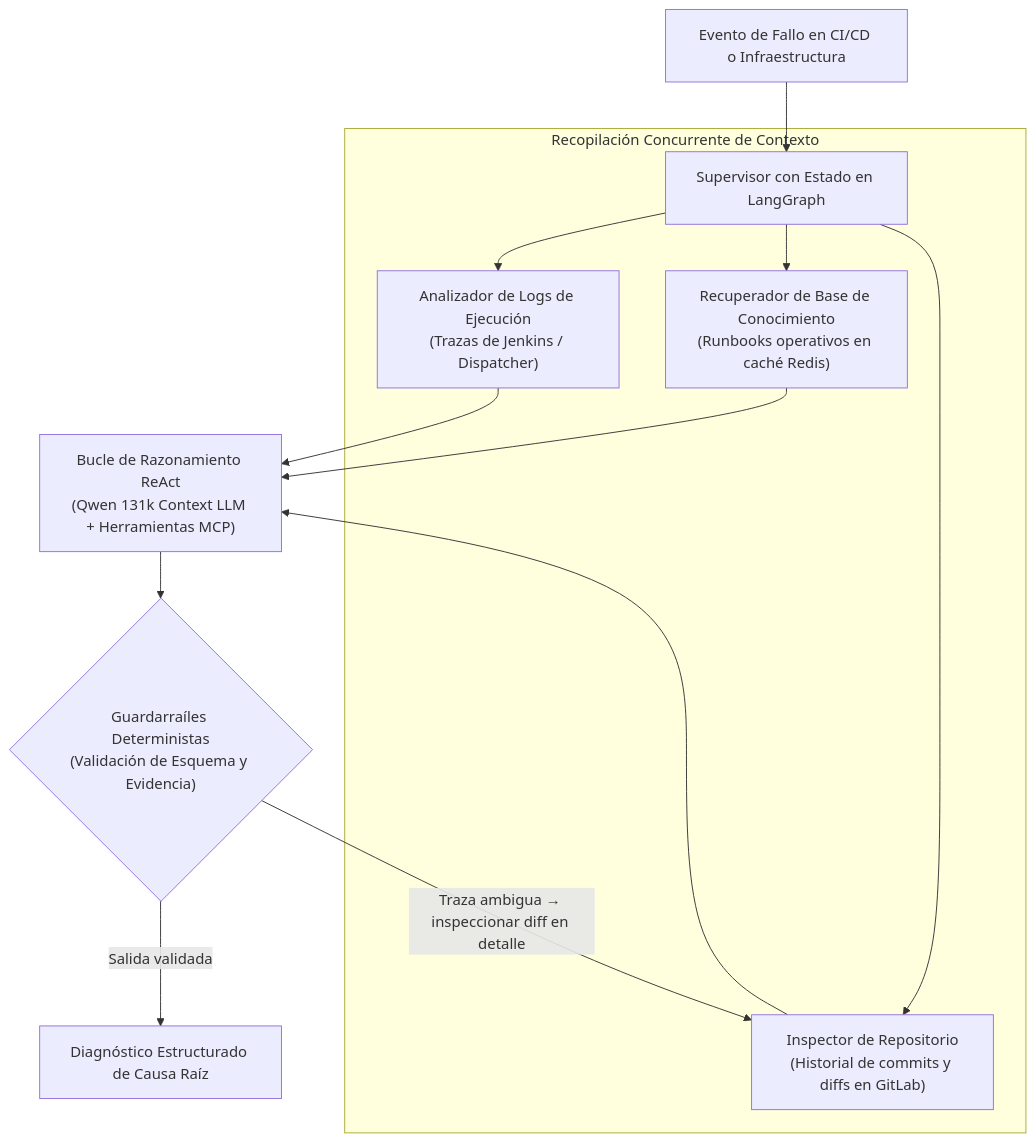
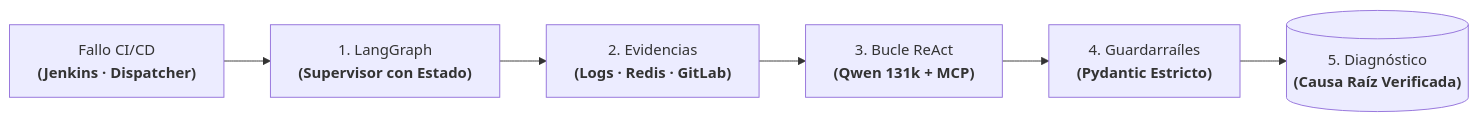
Before and after one commit to oredondo/oredondo.github.io: the diagram in docs_es/projects/orion-ai.md, drawn with Mermaid. The commit also changed other lines of this file and 5 other files, not shown here.

Commit message:
refactor(projects): replace all cluttered subgraphs with clean linear pipeline flowcharts and structured execution tables across all case studies

````diff
--- a/docs_es/projects/orion-ai.md
+++ b/docs_es/projects/orion-ai.md
@@ -36,17 +38,8 @@
 ```mermaid
-flowchart TD
-    Trigger["Evento de Fallo en CI/CD o Infraestructura"] --> Orchestrator["Supervisor con Estado en LangGraph"]
-
-    subgraph ParallelEvidence["Recopilación Concurrente de Contexto"]
-        Orchestrator --> LogNode["Analizador de Logs de Ejecución<br/>(Trazas de Jenkins / Dispatcher)"]
-        Orchestrator --> DocNode["Recuperador de Base de Conocimiento<br/>(Runbooks operativos en caché Redis)"]
-        Orchestrator --> GitNode["Inspector de Repositorio<br/>(Historial de commits y diffs en GitLab)"]
-    end
-
-    LogNode & DocNode & GitNode --> ReAct["Bucle de Razonamiento ReAct<br/>(Qwen 131k Context LLM + Herramientas MCP)"]
-
-    Guardrails{"Guardarraíles Deterministas<br/>(Validación de Esquema y Evidencia)"}
-    ReAct --> Guardrails
-    Guardrails -- "Traza ambigua → inspeccionar diff en detalle" --> GitNode
-    Guardrails -- "Salida validada" --> Report["Diagnóstico Estructurado de Causa Raíz"]
+flowchart LR
+    Fail["Fallo CI/CD<br/><b>(Jenkins · Dispatcher)</b>"] --> Sup["1. LangGraph<br/><b>(Supervisor con Estado)</b>"]
+    Sup --> Evid["2. Evidencias<br/><b>(Logs · Redis · GitLab)</b>"]
+    Evid --> ReAct["3. Bucle ReAct<br/><b>(Qwen 131k + MCP)</b>"]
+    ReAct --> Guard["4. Guardarraíles<br/><b>(Pydantic Estricto)</b>"]
+    Guard --> Report[("5. Diagnóstico<br/><b>(Causa Raíz Verificada)</b>")]
 ```
````
